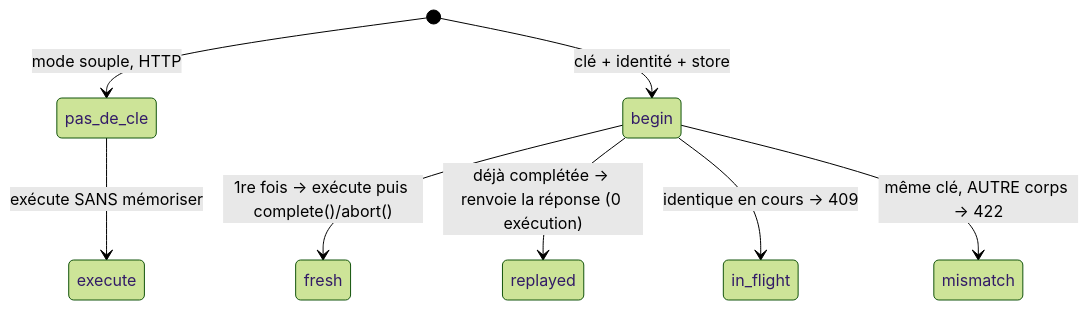
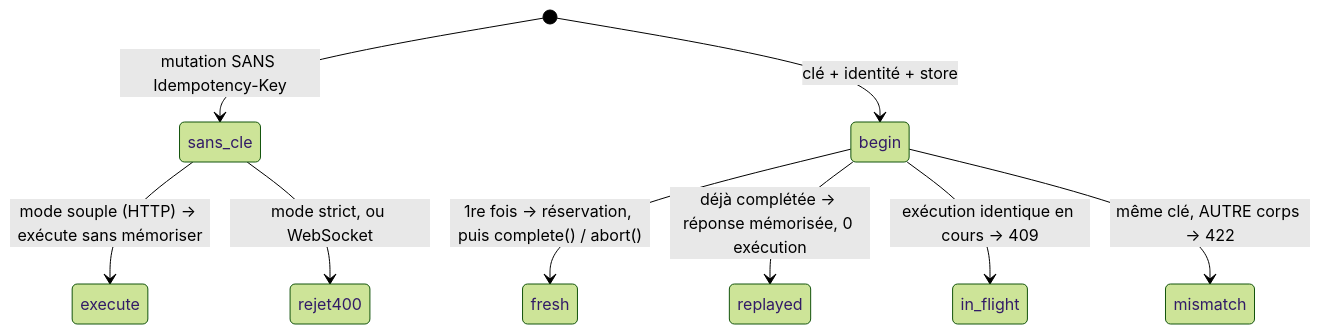
Before and after one commit to nodefony/nodefony-core: the first of 2 diagrams in src/packages/@nodefony/framework/docs/idempotence.md, drawn with Mermaid (forest theme). The commit also changed other lines of this file and 8 other files, not shown here.

````diff
--- a/src/packages/@nodefony/framework/docs/idempotence.md
+++ b/src/packages/@nodefony/framework/docs/idempotence.md
@@ -30,10 +43,11 @@
 ```mermaid
 stateDiagram-v2
-  [*] --> pas_de_cle : mode souple, HTTP
-  pas_de_cle --> execute : exécute SANS mémoriser
+  [*] --> sans_cle : mutation SANS Idempotency-Key
+  sans_cle --> execute : mode souple (HTTP) → exécute sans mémoriser
+  sans_cle --> rejet400 : mode strict, ou WebSocket
   [*] --> begin : clé + identité + store
-  begin --> fresh : 1re fois → exécute puis complete()/abort()
-  begin --> replayed : déjà complétée → renvoie la réponse (0 exécution)
-  begin --> in_flight : identique en cours → 409
+  begin --> fresh : 1re fois → réservation, puis complete() / abort()
+  begin --> replayed : déjà complétée → réponse mémorisée, 0 exécution
+  begin --> in_flight : exécution identique en cours → 409
   begin --> mismatch : même clé, AUTRE corps → 422
 ```
````
